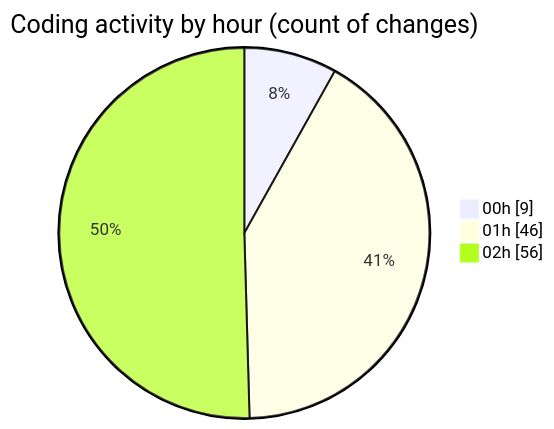
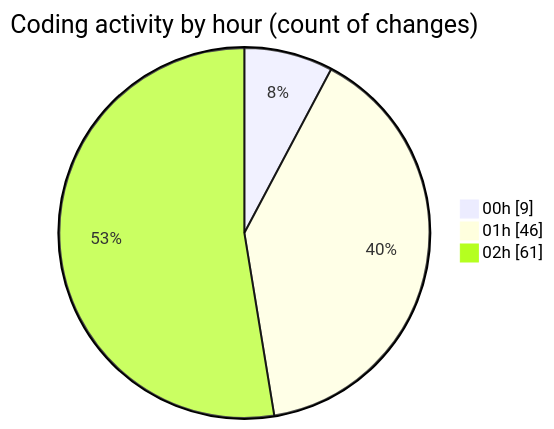
One commit to julien-gomy/code-tracking changed the second of 2 diagrams in 2025-11-18/eventscop-frontend-guide__workspace_/README.md. Above: the diagram before and after it, drawn with Mermaid. The commit also changed other lines of this file and 1 other file, not shown here.

````diff
--- a/2025-11-18/eventscop-frontend-guide__workspace_/README.md
+++ b/2025-11-18/eventscop-frontend-guide__workspace_/README.md
@@ -50,7 +52,7 @@
 ```mermaid
 pie showData
 title Coding activity by hour (count of changes)
 "00h" : 9
 "01h" : 46
-"02h" : 56
+"02h" : 61
 ```
````
